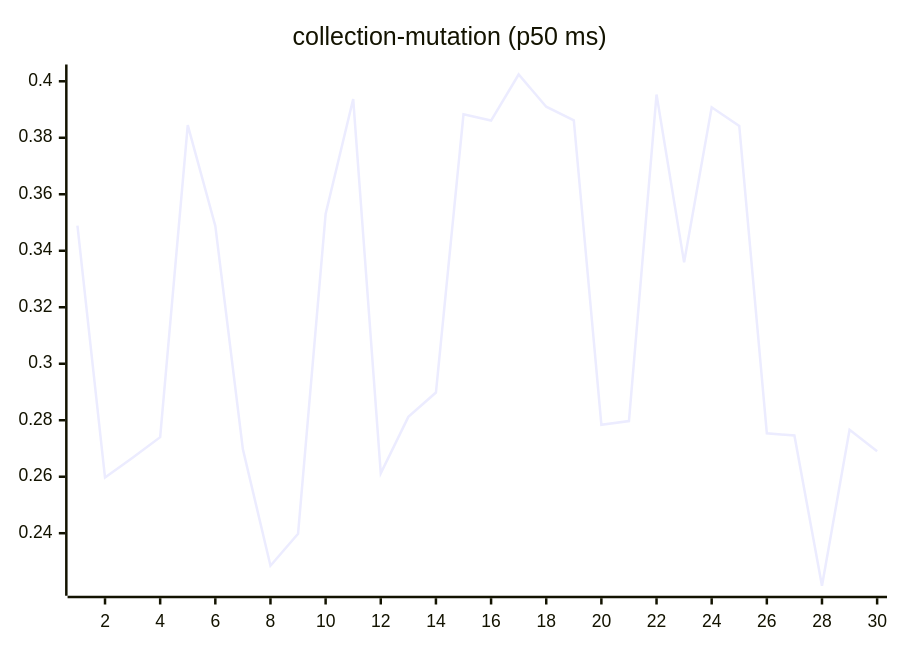
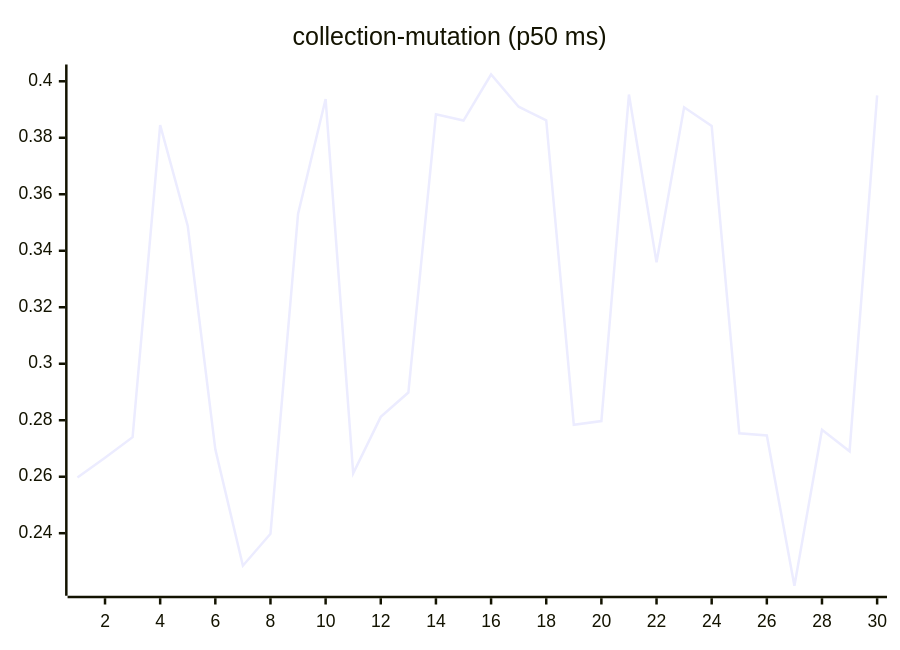
Before and after one commit to josha/Facet: the sixth of 27 diagrams in README.md, drawn with Mermaid. The commit also changed other lines of this file and 2 other files, not shown here.

````diff
--- a/README.md
+++ b/README.md
@@ -98,6 +98,6 @@
 ```mermaid
 xychart-beta
     title "collection-mutation (p50 ms)"
     x-axis 1 --> 30
-    line [0.3489, 0.2597, 0.2667, 0.2740, 0.3845, 0.3488, 0.2697, 0.2285, 0.2398, 0.3530, 0.3937, 0.2612, 0.2812, 0.2898, 0.3883, 0.3861, 0.4024, 0.3910, 0.3862, 0.2784, 0.2797, 0.3953, 0.3359, 0.3908, 0.3842, 0.2754, 0.2746, 0.2214, 0.2766, 0.2690]
+    line [0.2597, 0.2667, 0.2740, 0.3845, 0.3488, 0.2697, 0.2285, 0.2398, 0.3530, 0.3937, 0.2612, 0.2812, 0.2898, 0.3883, 0.3861, 0.4024, 0.3910, 0.3862, 0.2784, 0.2797, 0.3953, 0.3359, 0.3908, 0.3842, 0.2754, 0.2746, 0.2214, 0.2766, 0.2690, 0.3950]
 ```
````
